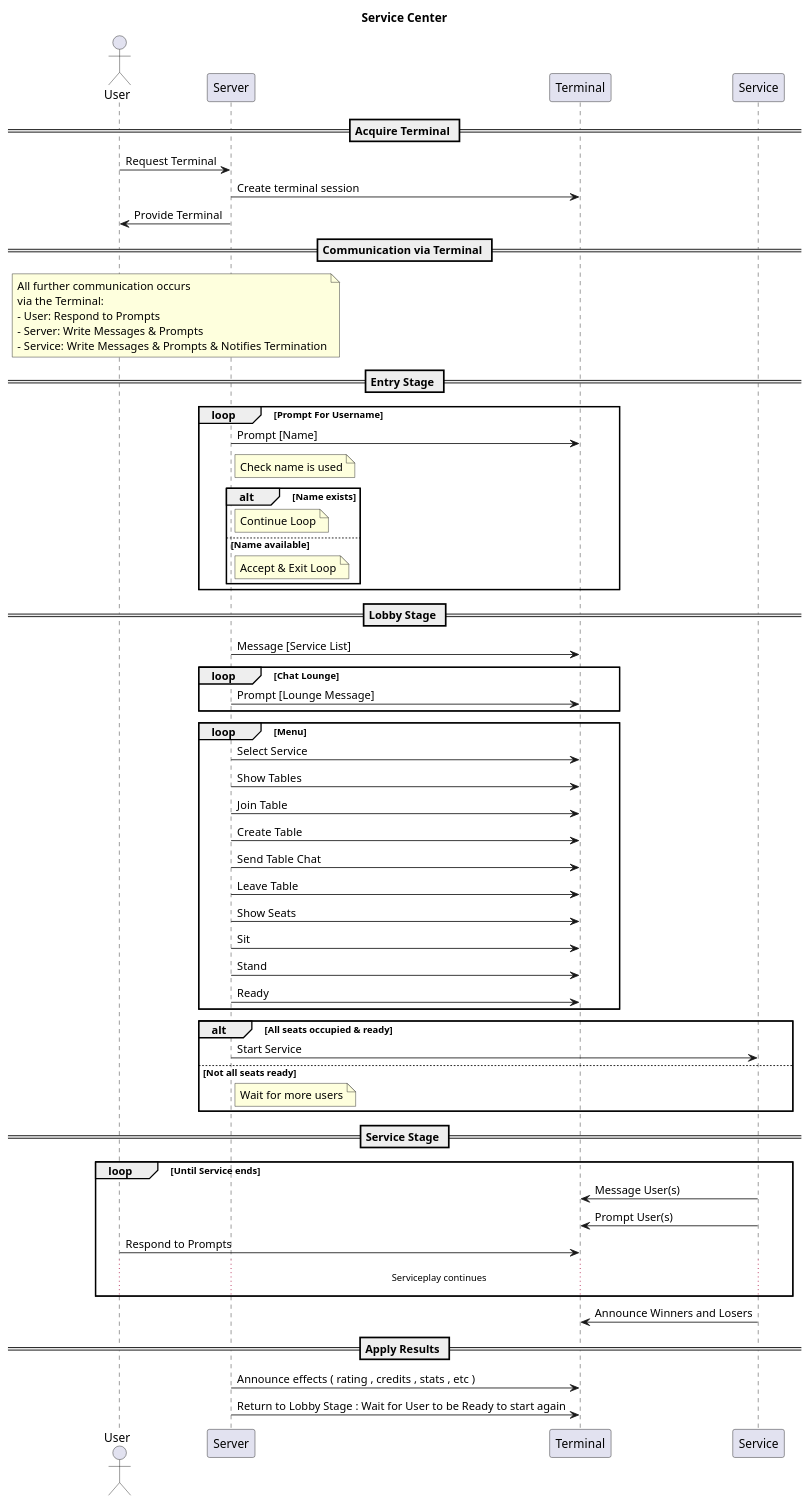
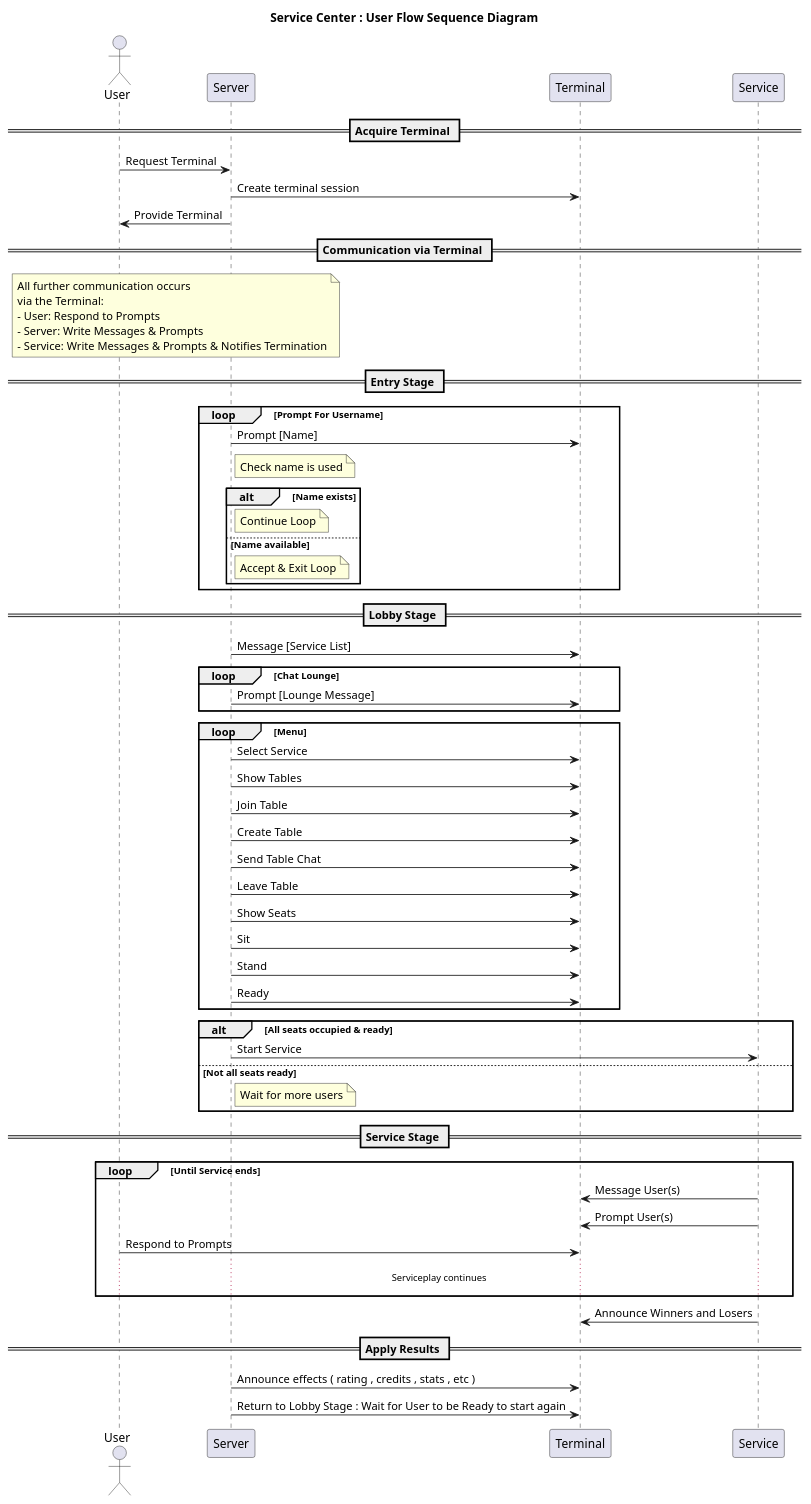
Before and after one commit to hawryschuk/terminals: the third of 4 diagrams in README.md, drawn with PlantUML. The commit also changed other lines of this file and 10 other files, not shown here.

Commit message:
feat: Service Center as a Client & Server feat; github actions: test & deploy documentation to pages TODO: and deploy documentation

````diff
--- a/README.md
+++ b/README.md
@@ -136,6 +136,6 @@
 ```plantuml
 @startuml
-title Service Center
+title Service Center : User Flow Sequence Diagram
 
 actor User
 participant Server
````
